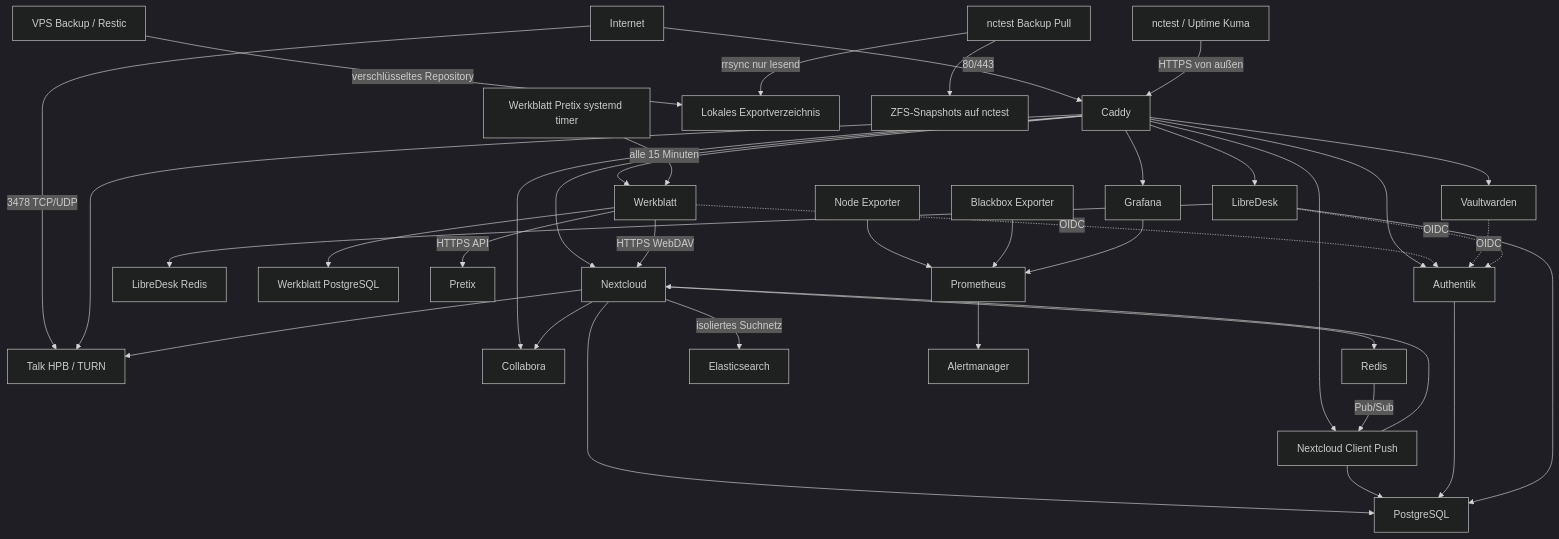
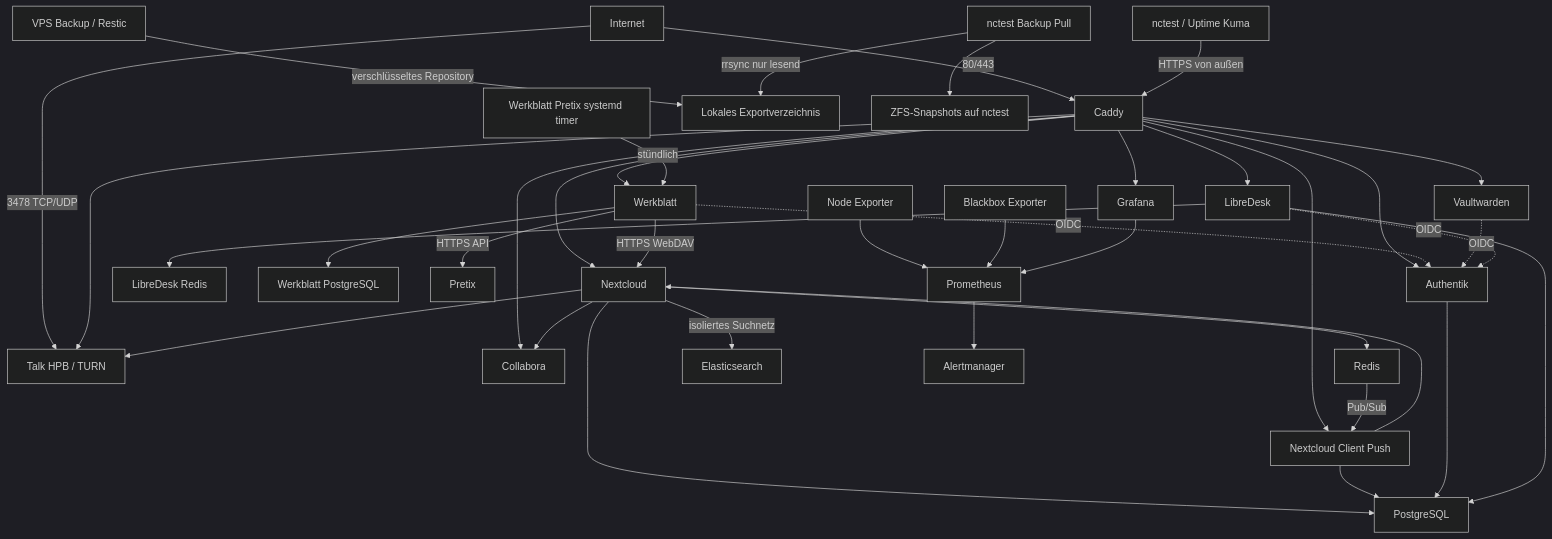
One commit to zircula-ev/infrastructure changed the diagram in docs/03-architecture.md. Above: the diagram before and after it, drawn with Mermaid (dark theme). The commit also changed other lines of this file and 7 other files, not shown here.

````diff
--- a/docs/03-architecture.md
+++ b/docs/03-architecture.md
@@ -5,44 +5,44 @@
 ```mermaid
 flowchart TD
     Internet -->|80/443| Caddy
     Internet -->|3478 TCP/UDP| TalkHPB[Talk HPB / TURN]
     nctest[nctest / Uptime Kuma] -->|HTTPS von außen| Caddy
 
     Caddy --> Nextcloud
     Caddy --> NotifyPush[Nextcloud Client Push]
     Caddy --> Collabora
     Caddy --> Authentik
     Caddy --> Grafana
     Caddy --> Vaultwarden
     Caddy --> LibreDesk
     Caddy --> Werkblatt
     Caddy --> TalkHPB
 
     Nextcloud --> PostgreSQL
     Nextcloud --> Redis
     Nextcloud -->|isoliertes Suchnetz| Elasticsearch
     Redis -->|Pub/Sub| NotifyPush
     NotifyPush --> PostgreSQL
     NotifyPush --> Nextcloud
     Nextcloud --> Collabora
     Nextcloud --> TalkHPB
     Authentik --> PostgreSQL
     LibreDesk --> PostgreSQL
     LibreDesk --> LibreDeskRedis[LibreDesk Redis]
     Werkblatt --> WerkblattDB[Werkblatt PostgreSQL]
     Werkblatt -.->|OIDC| Authentik
     Werkblatt -->|HTTPS API| Pretix
     Werkblatt -->|HTTPS WebDAV| Nextcloud
-    PretixTimer[Werkblatt Pretix systemd timer] -->|alle 15 Minuten| Werkblatt
+    PretixTimer[Werkblatt Pretix systemd timer] -->|stündlich| Werkblatt
     Vaultwarden -.->|OIDC| Authentik
     LibreDesk -.->|OIDC| Authentik
 
     NodeExporter[Node Exporter] --> Prometheus
     BlackboxExporter[Blackbox Exporter] --> Prometheus
     Prometheus --> Alertmanager
     Grafana --> Prometheus
 
     VPSBackup[VPS Backup / Restic] -->|verschlüsseltes Repository| VPSExport[Lokales Exportverzeichnis]
     nctestBackup[nctest Backup Pull] -->|rrsync nur lesend| VPSExport
     nctestBackup --> ZFSSnapshots[ZFS-Snapshots auf nctest]
 ```
````
